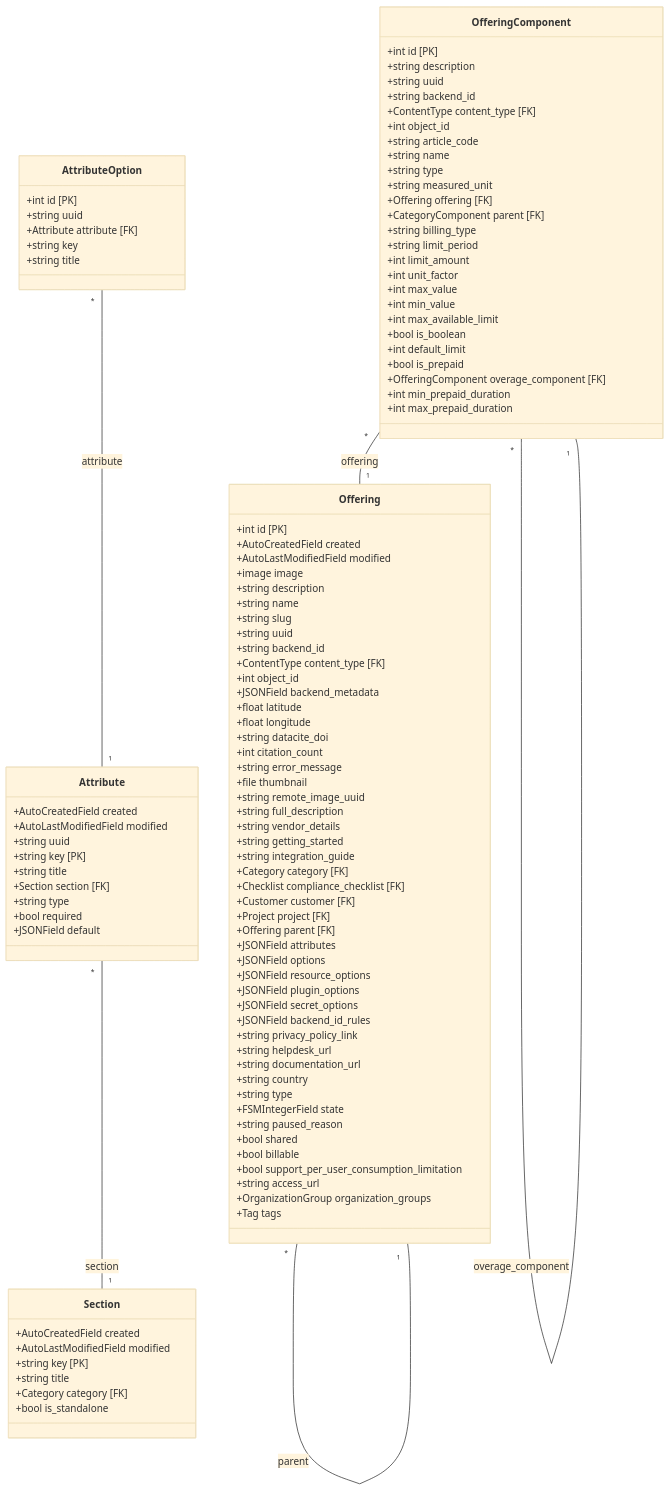
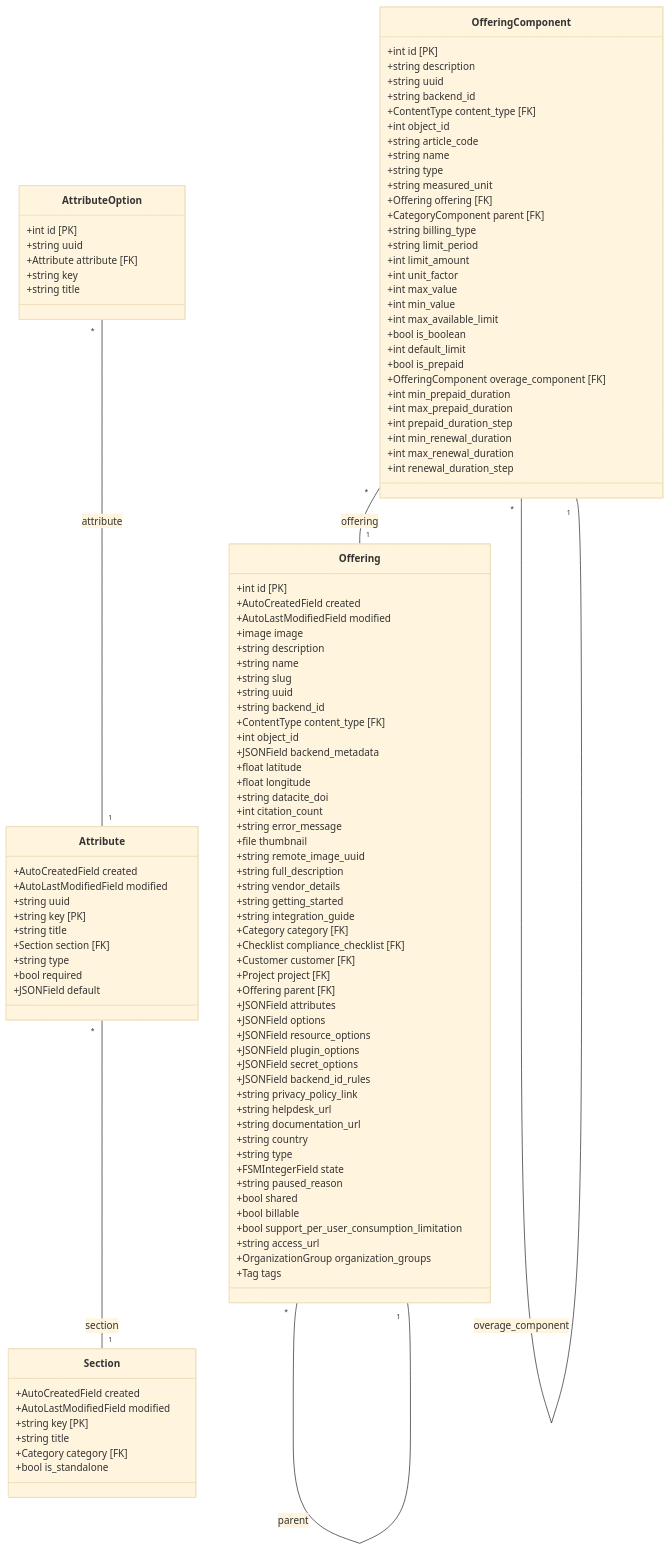
The diagram in docs/marketplace_catalog.mmd (waldur/waldur-mastermind), drawn with Mermaid (base theme) before and after one commit.

Commit message:
Update configuration, CLI and developer guide

```diff
--- a/docs/marketplace_catalog.mmd
+++ b/docs/marketplace_catalog.mmd
@@ -1,109 +1,113 @@
 classDiagram
     direction TB
     class Section {
         +AutoCreatedField created
         +AutoLastModifiedField modified
         +string key [PK]
         +string title
         +Category category [FK]
         +bool is_standalone
     }
     class Attribute {
         +AutoCreatedField created
         +AutoLastModifiedField modified
         +string uuid
         +string key [PK]
         +string title
         +Section section [FK]
         +string type
         +bool required
         +JSONField default
     }
     class AttributeOption {
         +int id [PK]
         +string uuid
         +Attribute attribute [FK]
         +string key
         +string title
     }
     class Offering {
         +int id [PK]
         +AutoCreatedField created
         +AutoLastModifiedField modified
         +image image
         +string description
         +string name
         +string slug
         +string uuid
         +string backend_id
         +ContentType content_type [FK]
         +int object_id
         +JSONField backend_metadata
         +float latitude
         +float longitude
         +string datacite_doi
         +int citation_count
         +string error_message
         +file thumbnail
         +string remote_image_uuid
         +string full_description
         +string vendor_details
         +string getting_started
         +string integration_guide
         +Category category [FK]
         +Checklist compliance_checklist [FK]
         +Customer customer [FK]
         +Project project [FK]
         +Offering parent [FK]
         +JSONField attributes
         +JSONField options
         +JSONField resource_options
         +JSONField plugin_options
         +JSONField secret_options
         +JSONField backend_id_rules
         +string privacy_policy_link
         +string helpdesk_url
         +string documentation_url
         +string country
         +string type
         +FSMIntegerField state
         +string paused_reason
         +bool shared
         +bool billable
         +bool support_per_user_consumption_limitation
         +string access_url
         +OrganizationGroup organization_groups
         +Tag tags
     }
     class OfferingComponent {
         +int id [PK]
         +string description
         +string uuid
         +string backend_id
         +ContentType content_type [FK]
         +int object_id
         +string article_code
         +string name
         +string type
         +string measured_unit
         +Offering offering [FK]
         +CategoryComponent parent [FK]
         +string billing_type
         +string limit_period
         +int limit_amount
         +int unit_factor
         +int max_value
         +int min_value
         +int max_available_limit
         +bool is_boolean
         +int default_limit
         +bool is_prepaid
         +OfferingComponent overage_component [FK]
         +int min_prepaid_duration
         +int max_prepaid_duration
+        +int prepaid_duration_step
+        +int min_renewal_duration
+        +int max_renewal_duration
+        +int renewal_duration_step
     }
     Attribute "*" -- "1" Section : section
     AttributeOption "*" -- "1" Attribute : attribute
     Offering "*" -- "1" Offering : parent
     OfferingComponent "*" -- "1" Offering : offering
     OfferingComponent "*" -- "1" OfferingComponent : overage_component
```
